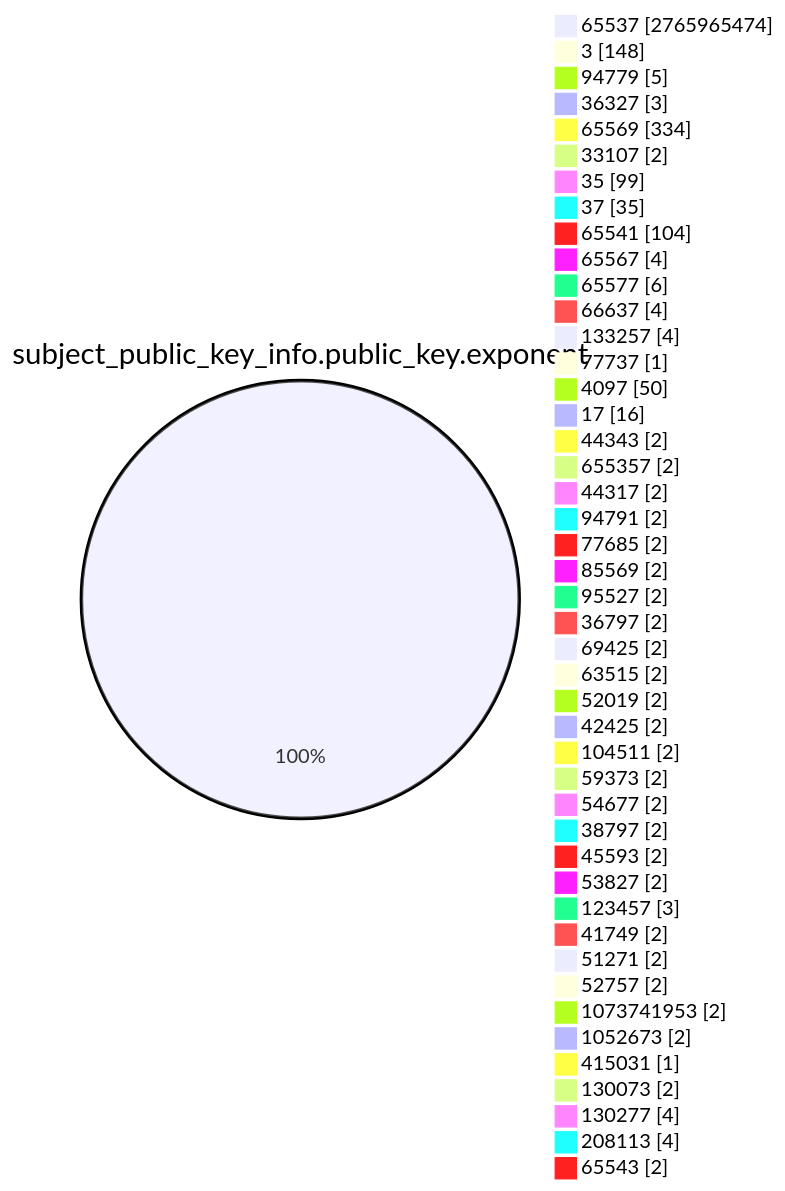
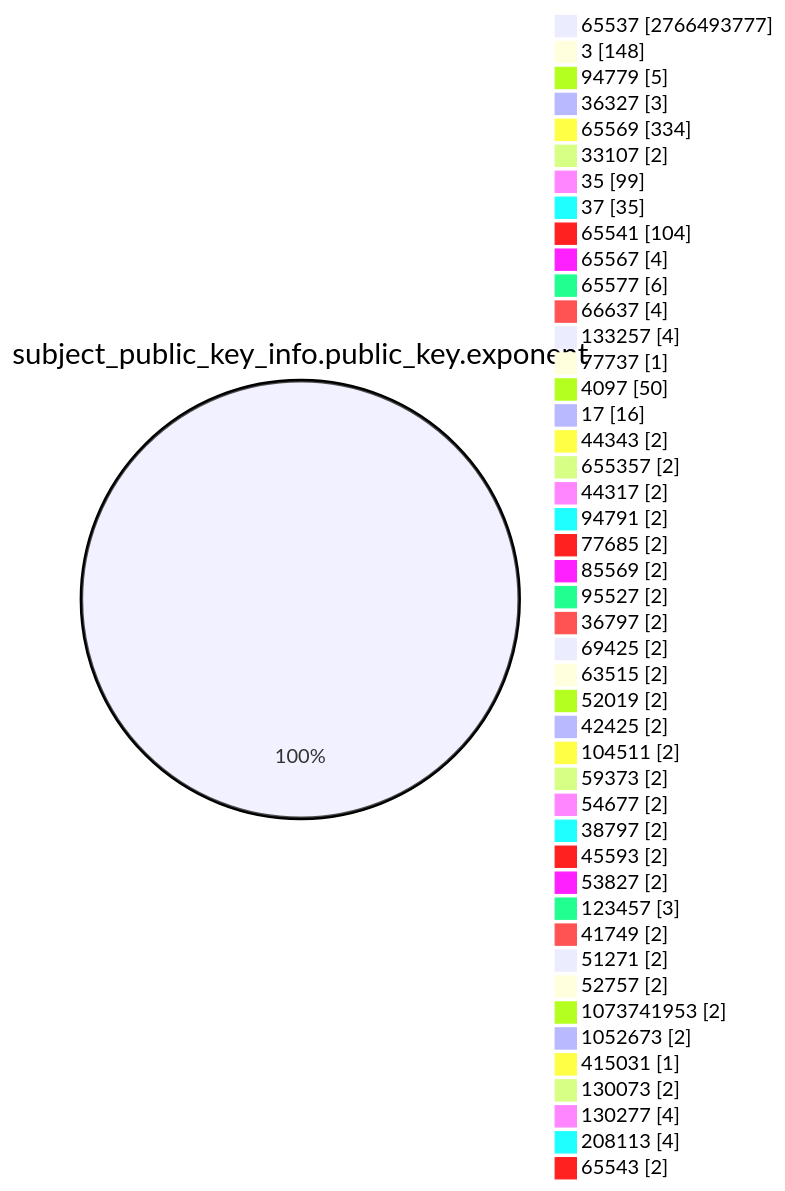
The fourth of 15 diagrams in TOTAL/README.md (christiankrug/ctmonitor_visualization), drawn with Mermaid before and after one commit. The commit also changed other lines of this file, not shown here.

````diff
--- a/TOTAL/README.md
+++ b/TOTAL/README.md
@@ -1467,49 +1467,49 @@
 ```mermaid
 pie showData
 title subject_public_key_info.public_key.exponent
-"65537" :2765965474
+"65537" :2766493777
 "3" :148
 "94779" :5
 "36327" :3
 "65569" :334
 "33107" :2
 "35" :99
 "37" :35
 "65541" :104
 "65567" :4
 "65577" :6
 "66637" :4
 "133257" :4
 "77737" :1
 "4097" :50
 "17" :16
 "44343" :2
 "655357" :2
 "44317" :2
 "94791" :2
 "77685" :2
 "85569" :2
 "95527" :2
 "36797" :2
 "69425" :2
 "63515" :2
 "52019" :2
 "42425" :2
 "104511" :2
 "59373" :2
 "54677" :2
 "38797" :2
 "45593" :2
 "53827" :2
 "123457" :3
 "41749" :2
 "51271" :2
 "52757" :2
 "1073741953" :2
 "1052673" :2
 "415031" :1
 "130073" :2
 "130277" :4
 "208113" :4
 "65543" :2
 ```
````
